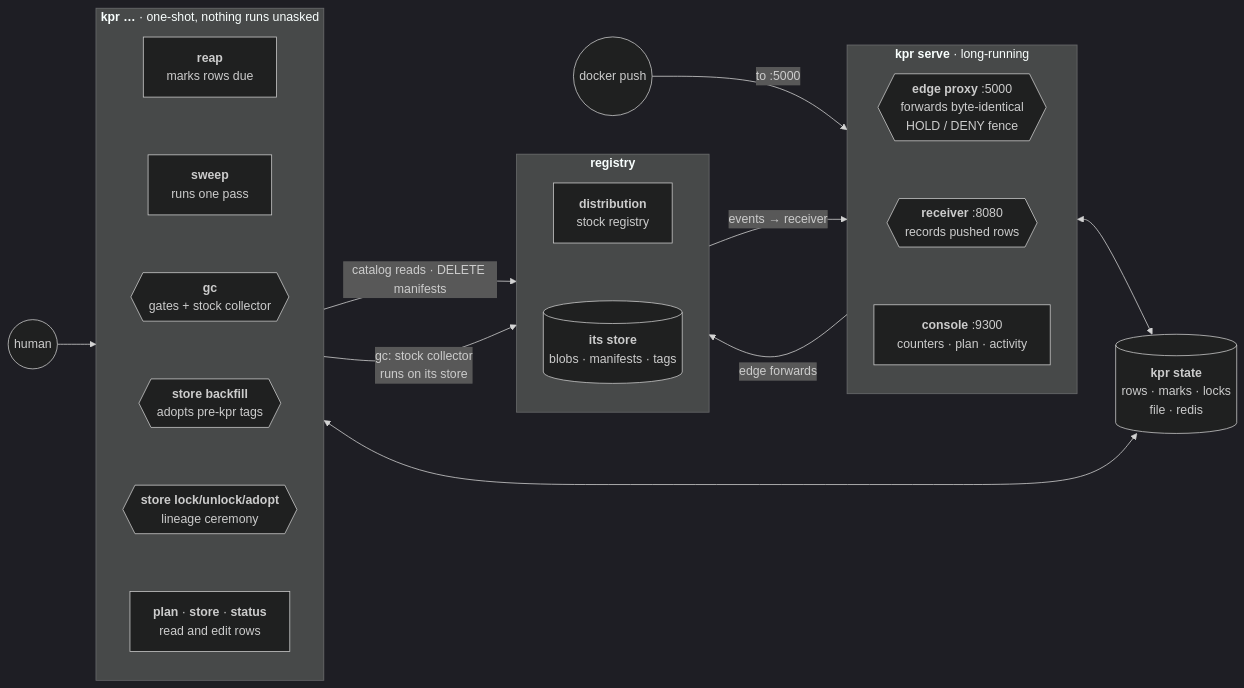
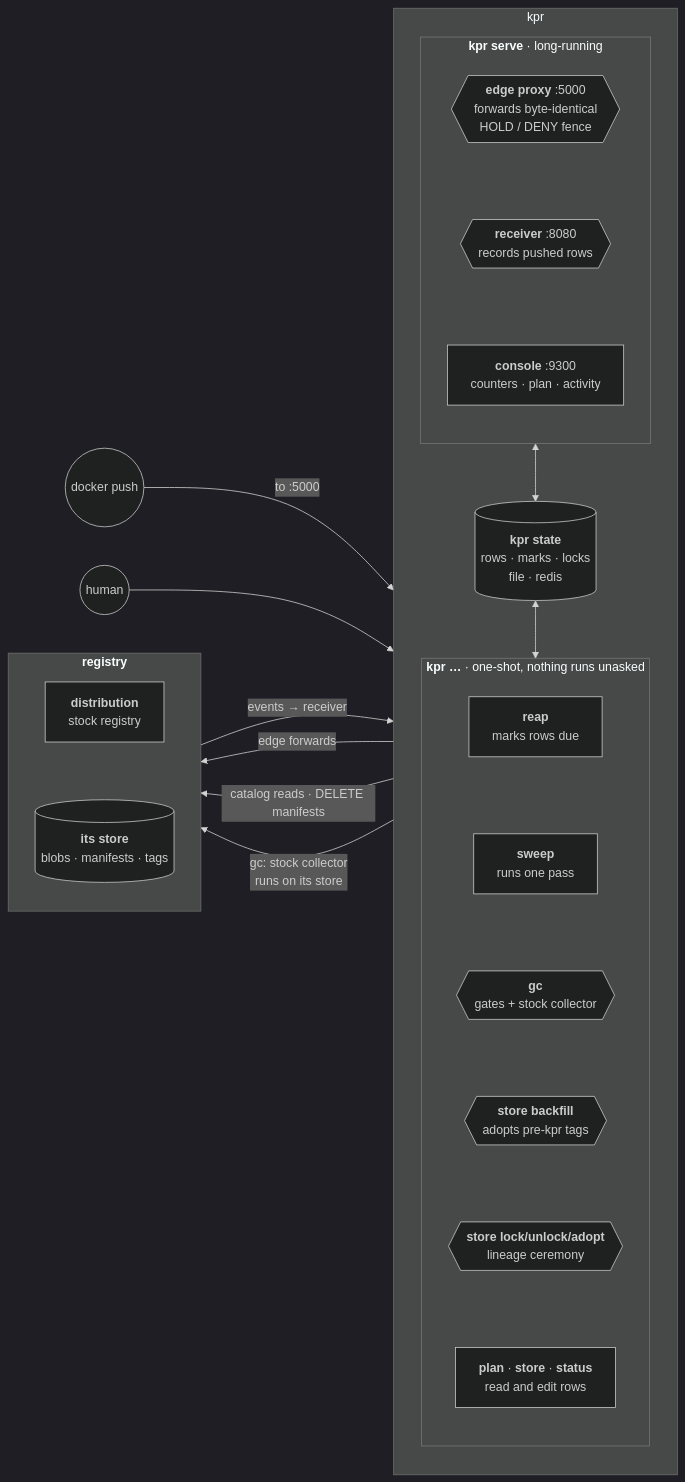
One commit to noroutine/kpr changed the first of 2 diagrams in docs/ARCHITECTURE.md. Above: the diagram before and after it, drawn with Mermaid (dark theme).

Commit message:
Components: nest kpr state between serve and the CLI
Its position was inferred from edge ranks, so renderers disagreed
and it drifted to the side. Both blocks and the state now sit in
one outer kpr box with an explicit vertical order, which makes
the placement structural: serve above, state between, one-shot
commands below. Same trick that holds the columns.

````diff
--- a/docs/ARCHITECTURE.md
+++ b/docs/ARCHITECTURE.md
@@ -28,37 +28,42 @@
 ```mermaid
 flowchart LR
-  dev((docker push)) -- "to :5000" --> serve
-  human((human)) --> cli
+  dev((docker push)) -- "to :5000" --> kpr
+  human((human)) --> kpr
 
-  subgraph serve["<b>kpr serve</b> · long-running"]
+  subgraph kpr["kpr"]
     direction TB
-    edge{{"<b>edge proxy</b> :5000<br/>forwards byte-identical<br/>HOLD / DENY fence"}} ~~~
-    recv{{"<b>receiver</b> :8080<br/>records pushed rows"}} ~~~
-    console["<b>console</b> :9300<br/>counters · plan · activity"]
-  end
 
-  subgraph cli["<b>kpr …</b> · one-shot, nothing runs unasked"]
-    direction TB
-    reap["<b>reap</b><br/>marks rows due"] ~~~
-    sweepcmd["<b>sweep</b><br/>runs one pass"] ~~~
-    gcc{{"<b>gc</b><br/>gates + stock collector"}} ~~~
-    backfill{{"<b>store backfill</b><br/>adopts pre-kpr tags"}} ~~~
-    ceremony{{"<b>store lock/unlock/adopt</b><br/>lineage ceremony"}} ~~~
-    rest["<b>plan</b> · <b>store</b> · <b>status</b><br/>read and edit rows"]
+    subgraph serve["<b>kpr serve</b> · long-running"]
+      direction TB
+      edge{{"<b>edge proxy</b> :5000<br/>forwards byte-identical<br/>HOLD / DENY fence"}} ~~~
+      recv{{"<b>receiver</b> :8080<br/>records pushed rows"}} ~~~
+      console["<b>console</b> :9300<br/>counters · plan · activity"]
+    end
+
+    state[("<b>kpr state</b><br/>rows · marks · locks<br/>file · redis")]
+
+    subgraph cli["<b>kpr …</b> · one-shot, nothing runs unasked"]
+      direction TB
+      reap["<b>reap</b><br/>marks rows due"] ~~~
+      sweepcmd["<b>sweep</b><br/>runs one pass"] ~~~
+      gcc{{"<b>gc</b><br/>gates + stock collector"}} ~~~
+      backfill{{"<b>store backfill</b><br/>adopts pre-kpr tags"}} ~~~
+      ceremony{{"<b>store lock/unlock/adopt</b><br/>lineage ceremony"}} ~~~
+      rest["<b>plan</b> · <b>store</b> · <b>status</b><br/>read and edit rows"]
+    end
+
+    serve <--> state
+    state <--> cli
   end
 
   subgraph reg["<b>registry</b>"]
     direction TB
     dist["<b>distribution</b><br/>stock registry"] ~~~
     blobs[("<b>its store</b><br/>blobs · manifests · tags")]
   end
 
-  state[("<b>kpr state</b><br/>rows · marks · locks<br/>file · redis")]
-
-  serve -- "edge forwards" --> reg
-  reg -- "events → receiver" --> serve
-  cli -- "catalog reads · DELETE manifests" --> reg
-  cli -- "gc: stock collector<br/>runs on its store" --> reg
-  serve <--> state
-  cli <--> state
+  kpr -- "edge forwards" --> reg
+  reg -- "events → receiver" --> kpr
+  kpr -- "catalog reads · DELETE manifests" --> reg
+  kpr -- "gc: stock collector<br/>runs on its store" --> reg
 ```
````
